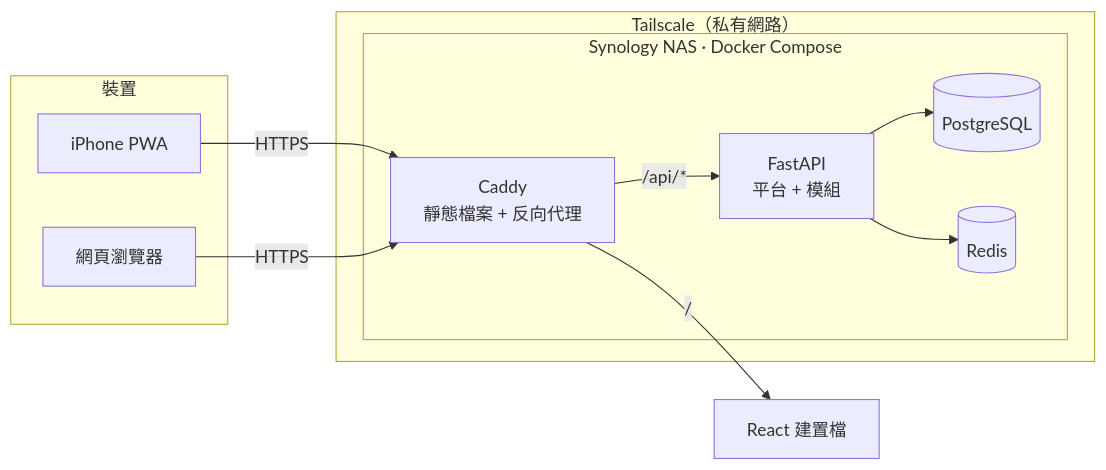
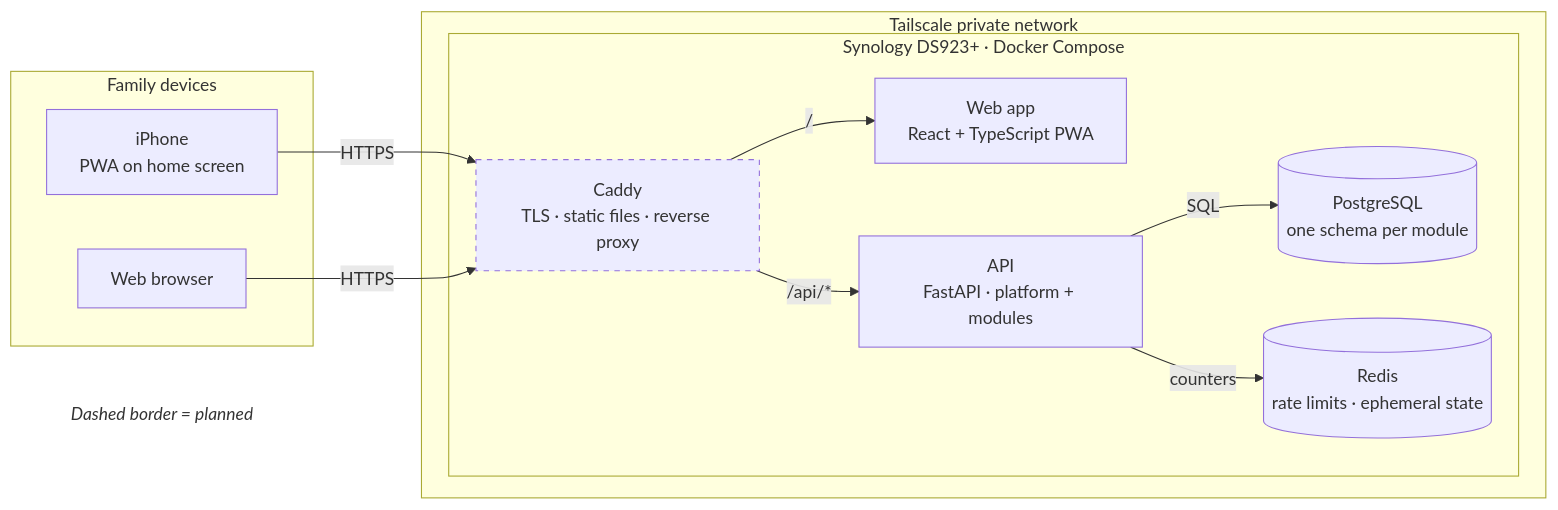
Before and after one commit to YenChengLai/family-hub: the second of 3 diagrams in docs/architecture.zh-TW.md, drawn with Mermaid. The commit also changed other lines of this file and 21 other files, not shown here.

First line of the commit message:
docs: architecture diagrams as code, with sync, checks, and a skill

````diff
--- a/docs/architecture.zh-TW.md
+++ b/docs/architecture.zh-TW.md
@@ -13,21 +52,30 @@
 ```mermaid
+%% C4 level 2: the running pieces in production. Dashed = planned.
 flowchart LR
-    subgraph Devices[裝置]
-        iPhone[iPhone PWA]
-        Browser[網頁瀏覽器]
+  subgraph devices["Family devices"]
+    phone["iPhone<br/>PWA on home screen"]
+    browser["Web browser"]
+  end
+
+  subgraph tailnet["Tailscale private network"]
+    subgraph nas["Synology DS923+ · Docker Compose"]
+      caddy["Caddy<br/>TLS · static files · reverse proxy"]:::planned
+      web["Web app<br/>React + TypeScript PWA"]
+      api["API<br/>FastAPI · platform + modules"]
+      postgres[("PostgreSQL<br/>one schema per module")]
+      redis[("Redis<br/>rate limits · ephemeral state")]
     end
-    subgraph Tailnet["Tailscale（私有網路）"]
-        subgraph NAS["Synology NAS · Docker Compose"]
-            Caddy[Caddy<br/>靜態檔案 + 反向代理]
-            API[FastAPI<br/>平台 + 模組]
-            PG[(PostgreSQL)]
-            Redis[(Redis)]
-        end
-    end
-    iPhone -- HTTPS --> Caddy
-    Browser -- HTTPS --> Caddy
-    Caddy -- "/" --> Static[React 建置檔]
-    Caddy -- "/api/*" --> API
-    API --> PG
-    API --> Redis
+  end
+
+  phone -- "HTTPS" --> caddy
+  browser -- "HTTPS" --> caddy
+  caddy -- "/" --> web
+  caddy -- "/api/*" --> api
+  api -- "SQL" --> postgres
+  api -- "counters" --> redis
+
+  legend["Dashed border = planned"]:::legend
+
+  classDef planned stroke-dasharray: 5 5
+  classDef legend fill:none,stroke:none,font-style:italic
 ```
````
